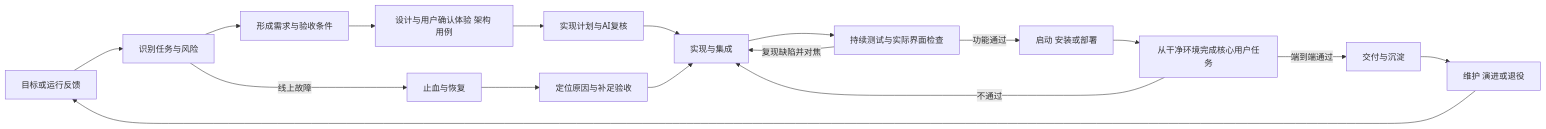
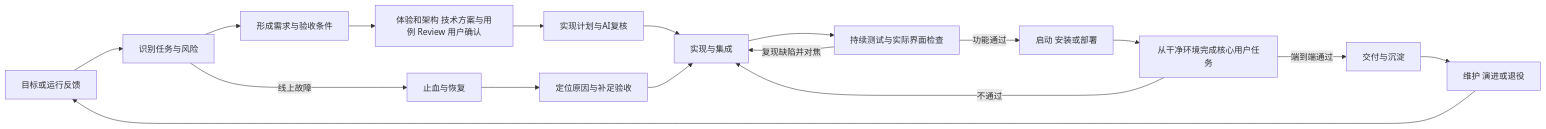
The diagram in skills/dev-flow/references/2026-10-07-development-harness-plan.md (guoshencheng/dev-flow), drawn with Mermaid before and after one commit. The commit also changed other lines of this file and 34 other files, not shown here.

Commit message:
feat(flow): 增加架构后技术方案和用例 Review 阶段

````diff
--- a/skills/dev-flow/references/2026-10-07-development-harness-plan.md
+++ b/skills/dev-flow/references/2026-10-07-development-harness-plan.md
@@ -110,19 +110,19 @@
 ```mermaid
 flowchart LR
     A[目标或运行反馈] --> B[识别任务与风险]
     B --> C[形成需求与验收条件]
-    C --> D[设计与用户确认体验 架构 用例]
+    C --> D[体验和架构 技术方案与用例 Review 用户确认]
     D --> P[实现计划与AI复核]
     P --> E[实现与集成]
     E --> F[持续测试与实际界面检查]
     F -->|复现缺陷并对焦| E
     F -->|功能通过| G[启动 安装或部署]
     G --> K1[从干净环境完成核心用户任务]
     K1 -->|不通过| E
     K1 -->|端到端通过| H[交付与沉淀]
     H --> I[维护 演进或退役]
     I --> A
     B -->|线上故障| J[止血与恢复]
     J --> K[定位原因与补足验收]
     K --> E
 ```
````
